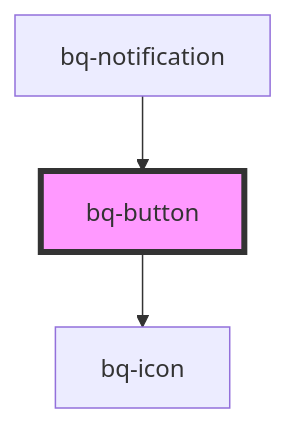
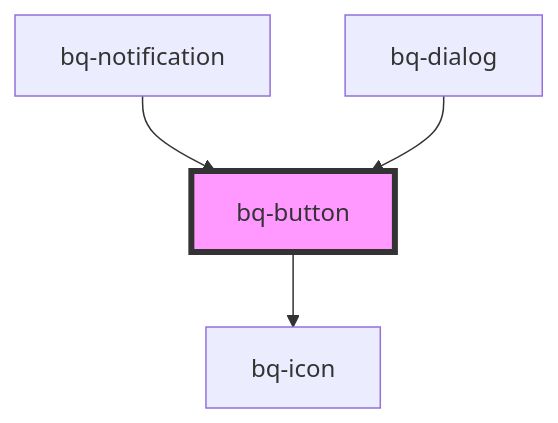
One commit to Endava/BEEQ changed the diagram in packages/bee-q/src/components/button/readme.md. Above: the diagram before and after it, drawn with Mermaid. The commit also changed other lines of this file and 4 other files, not shown here.

Commit message:
feat(dialog): add button for open dialog modal

````diff
--- a/packages/bee-q/src/components/button/readme.md
+++ b/packages/bee-q/src/components/button/readme.md
@@ -59,6 +60,7 @@
 ```mermaid
 graph TD;
   bq-button --> bq-icon
   bq-notification --> bq-button
+  bq-dialog --> bq-button
   style bq-button fill:#f9f,stroke:#333,stroke-width:4px
 ```
````
